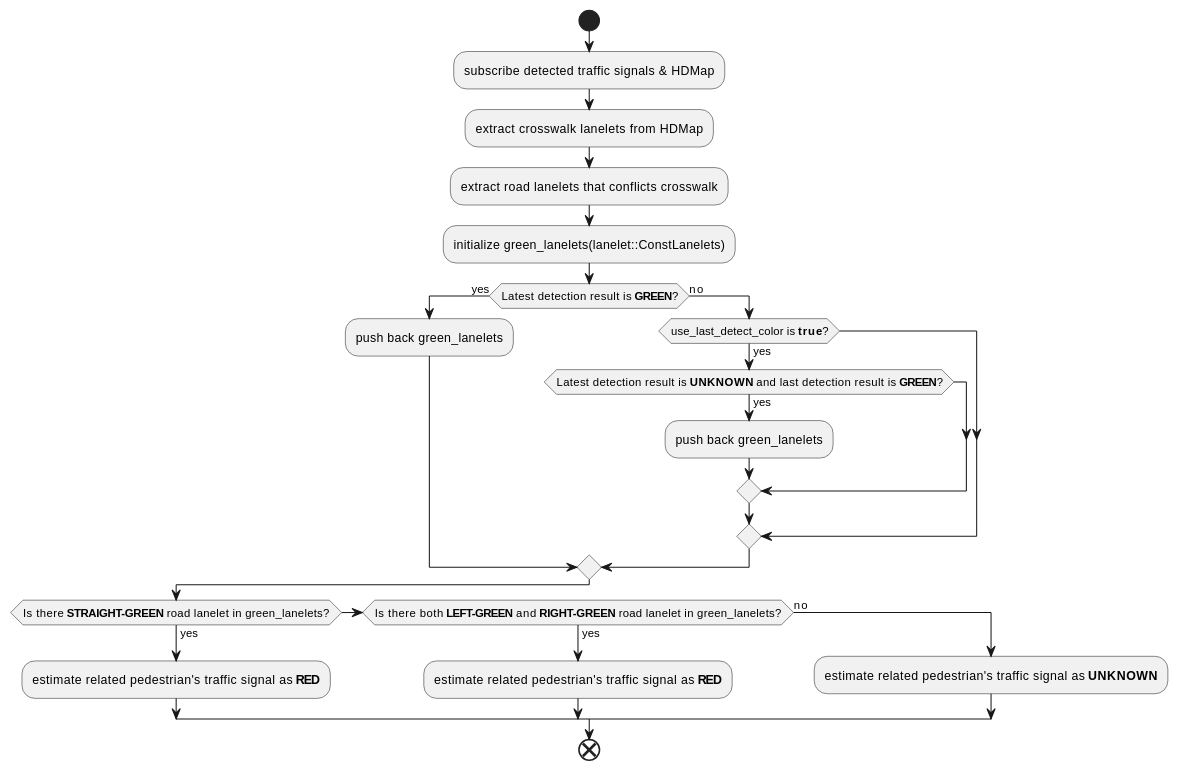
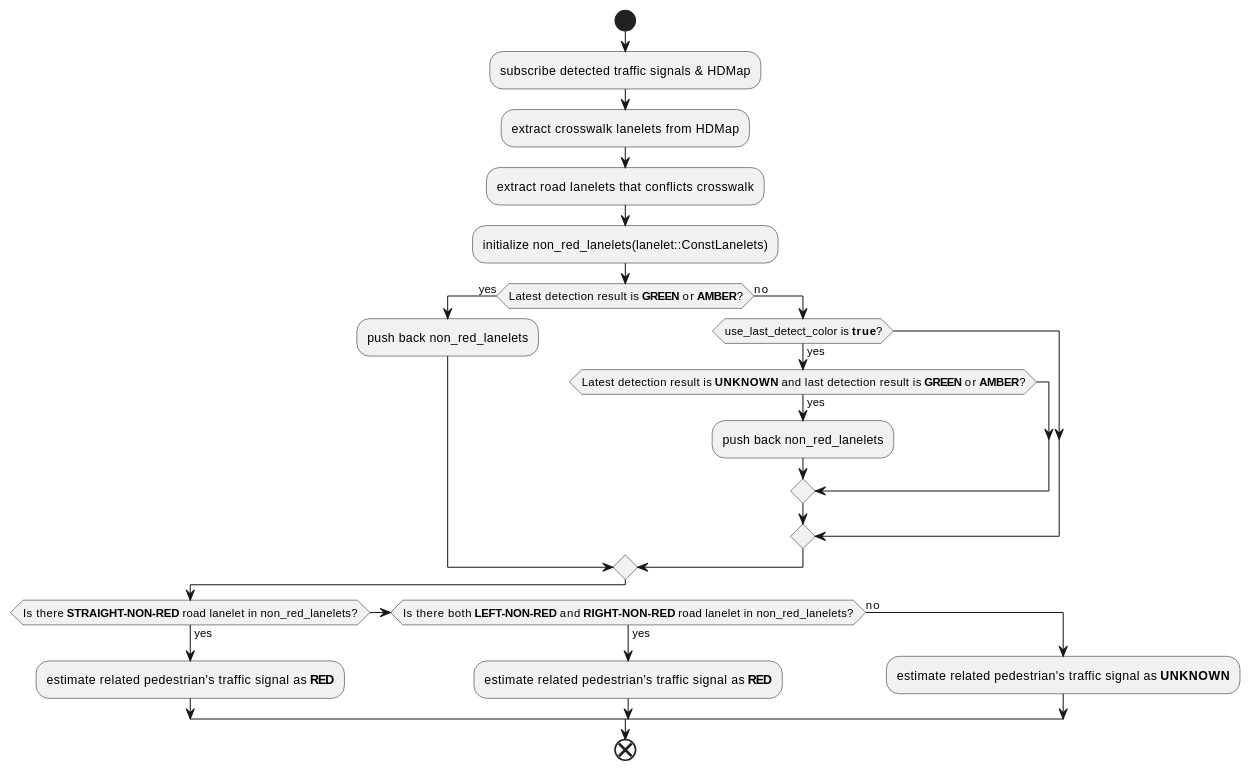
One commit to IEIAuto/AutoDRRT changed the diagram in src/universe/autoware.universe/perception/crosswalk_traffic_light_estimator/README.md. Above: the diagram before and after it, drawn with PlantUML. The commit also changed other lines of this file and 10583 other files, not shown here.

````diff
--- a/src/universe/autoware.universe/perception/crosswalk_traffic_light_estimator/README.md
+++ b/src/universe/autoware.universe/perception/crosswalk_traffic_light_estimator/README.md
@@ -31,26 +31,26 @@
 ```plantuml
 
 start
 :subscribe detected traffic signals & HDMap;
 :extract crosswalk lanelets from HDMap;
 :extract road lanelets that conflicts crosswalk;
-:initialize green_lanelets(lanelet::ConstLanelets);
-if (Latest detection result is **GREEN**?) then (yes)
-  :push back green_lanelets;
+:initialize non_red_lanelets(lanelet::ConstLanelets);
+if (Latest detection result is **GREEN** or **AMBER**?) then (yes)
+  :push back non_red_lanelets;
 else (no)
   if (use_last_detect_color is **true**?) then (yes)
-    if (Latest detection result is **UNKNOWN** and last detection result is **GREEN**?) then (yes)
-     :push back green_lanelets;
+    if (Latest detection result is **UNKNOWN** and last detection result is **GREEN** or **AMBER**?) then (yes)
+     :push back non_red_lanelets;
     endif
   endif
 endif
-if (Is there **STRAIGHT-GREEN** road lanelet in green_lanelets?) then (yes)
+if (Is there **STRAIGHT-NON-RED** road lanelet in non_red_lanelets?) then (yes)
   :estimate related pedestrian's traffic signal as **RED**;
-else if (Is there both **LEFT-GREEN** and **RIGHT-GREEN** road lanelet in green_lanelets?) then (yes)
+else if (Is there both **LEFT-NON-RED** and **RIGHT-NON-RED** road lanelet in non_red_lanelets?) then (yes)
   :estimate related pedestrian's traffic signal as **RED**;
 else (no)
   :estimate related pedestrian's traffic signal as **UNKNOWN**;
 endif
 end
 
 ```
````
